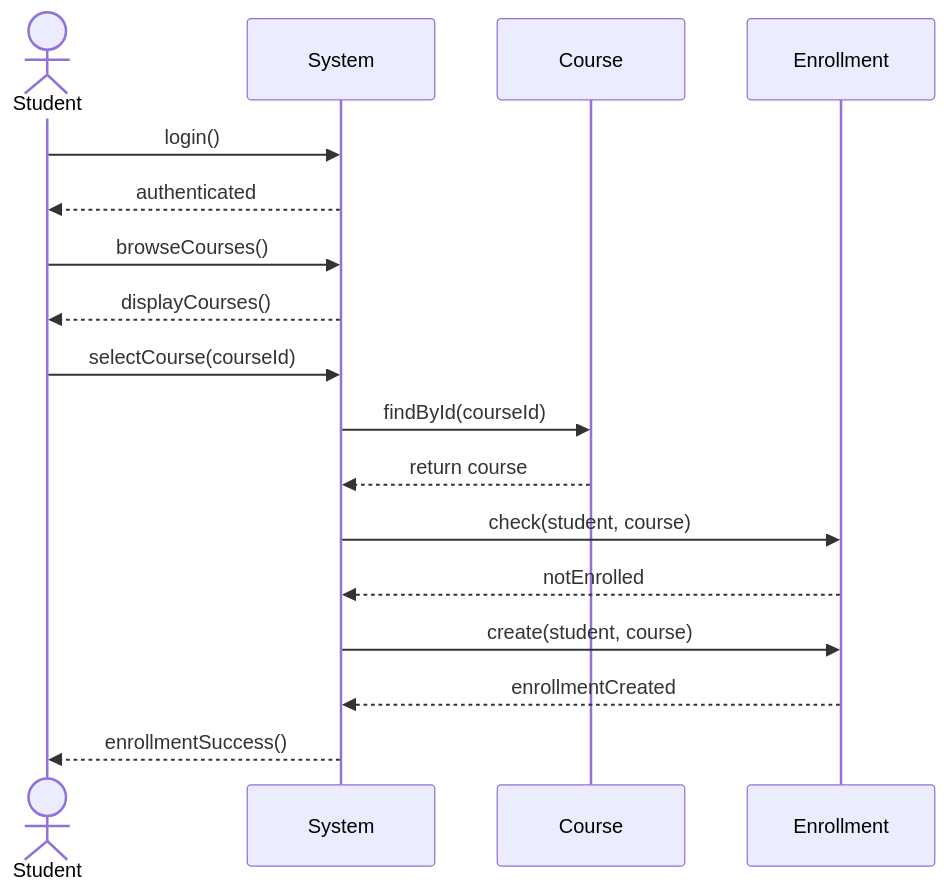
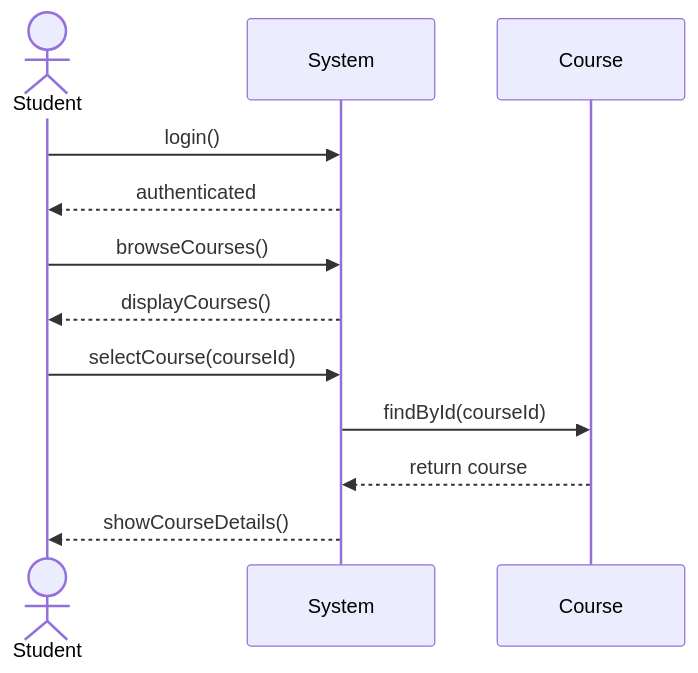
The first of 6 diagrams in diagrams/Sequence_Diagrams.md (VanDung-dev/LearnOnline), drawn with Mermaid before and after one commit. The commit also changed other lines of this file, not shown here.

First line of the commit message:
docs(diagrams): improve sequence diagram organization and clarity

````diff
--- a/diagrams/Sequence_Diagrams.md
+++ b/diagrams/Sequence_Diagrams.md
@@ -4,20 +6,15 @@
 ```mermaid
 sequenceDiagram
     actor Student
     participant System
     participant Course
-    participant Enrollment
 
     Student->>System: login()
     System-->>Student: authenticated
     Student->>System: browseCourses()
     System-->>Student: displayCourses()
     Student->>System: selectCourse(courseId)
     System->>Course: findById(courseId)
     Course-->>System: return course
-    System->>Enrollment: check(student, course)
-    Enrollment-->>System: notEnrolled
-    System->>Enrollment: create(student, course)
-    Enrollment-->>System: enrollmentCreated
-    System-->>Student: enrollmentSuccess()
+    System-->>Student: showCourseDetails()
 ```
````
